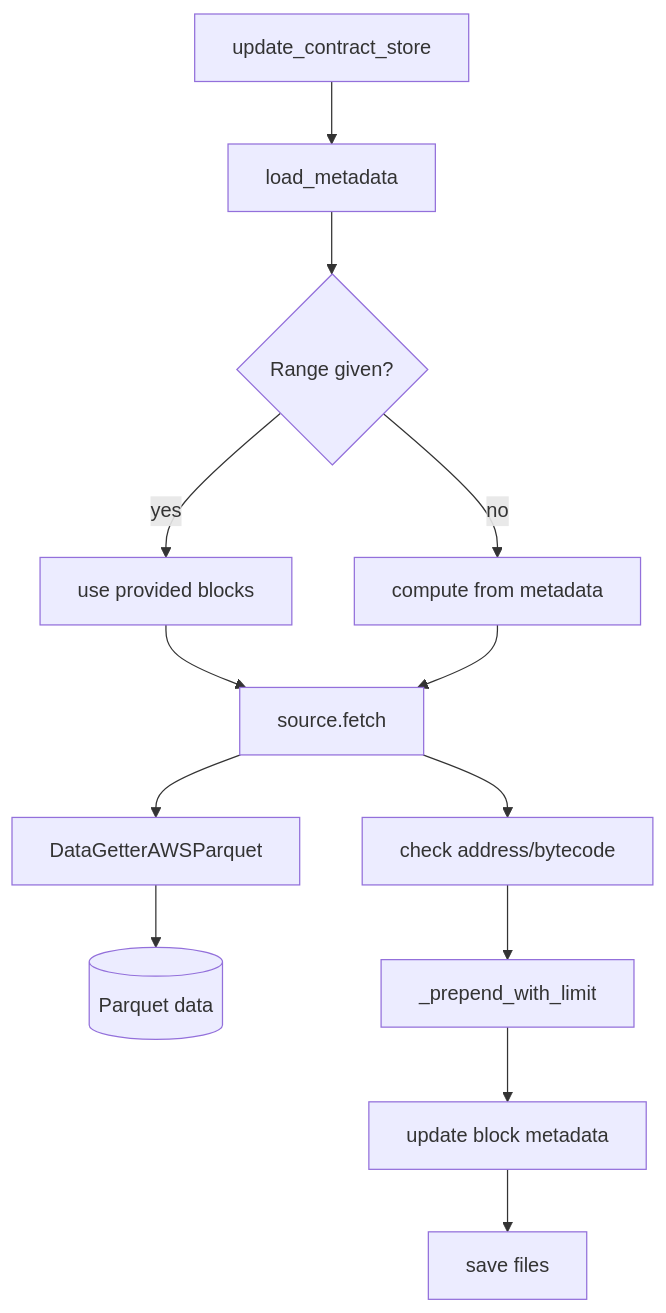
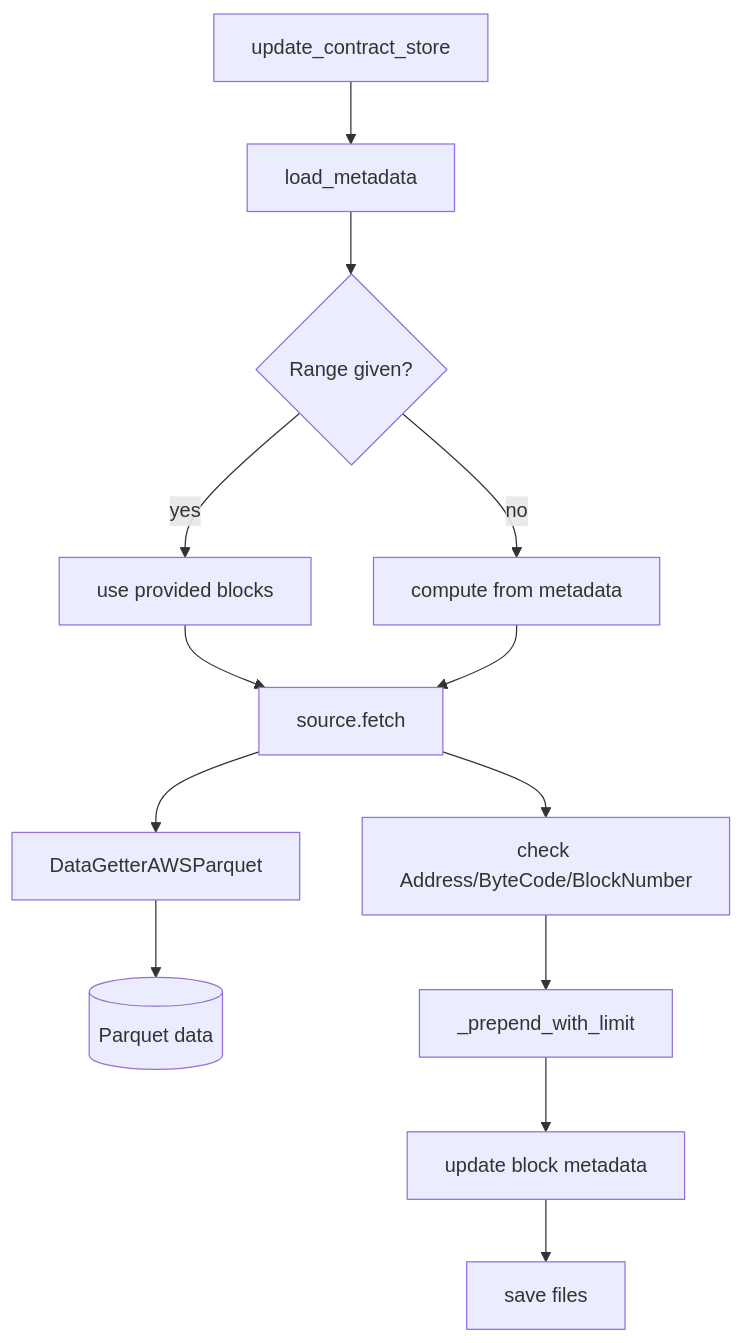
Before and after one commit to Yenya030/MAIAN: the diagram in docs/data_download_flow.md, drawn with Mermaid. The commit also changed other lines of this file and 6 other files, not shown here.

````diff
--- a/docs/data_download_flow.md
+++ b/docs/data_download_flow.md
@@ -30,15 +31,15 @@
 ```mermaid
 flowchart TD
     start["update_contract_store"] --> meta["load_metadata"]
     meta --> range{"Range given?"}
     range -- yes --> useArgs["use provided blocks"]
     range -- no --> defaultRange["compute from metadata"]
     useArgs --> fetch
     defaultRange --> fetch
     fetch["source.fetch"] --> getter["DataGetterAWSParquet"]
     getter --> dataset[("Parquet data")]
-    fetch --> validate["check address/bytecode"]
+    fetch --> validate["check Address/ByteCode/BlockNumber"]
     validate --> prepend["_prepend_with_limit"]
     prepend --> upd["update block metadata"]
     upd --> save["save files"]
 ```
````
